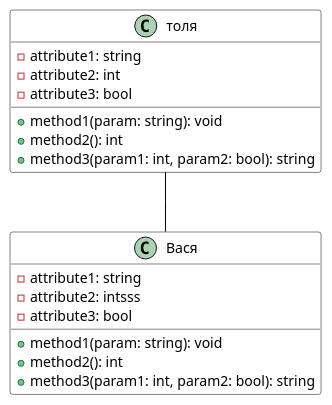
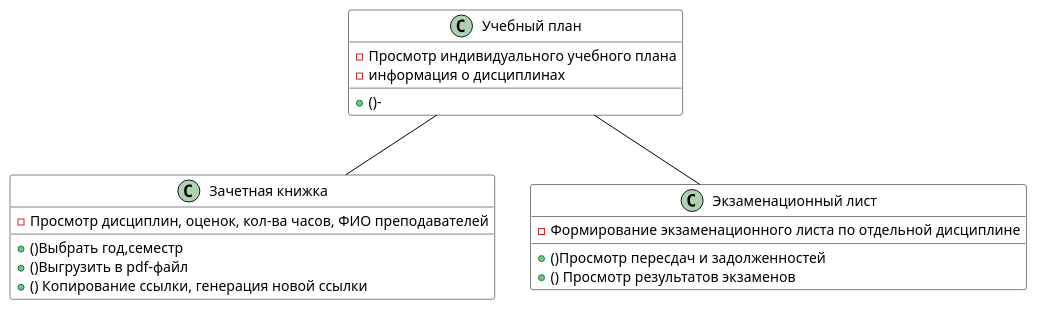
Before and after one commit to AEKCOOL1905/first_repo: the diagram in test2.puml, drawn with PlantUML.

Commit message:
test2.puml

```diff
--- a/test2.puml
+++ b/test2.puml
@@ -1,54 +1,78 @@
 @startuml
 
 ' Настройка стиля для прямоугольника
 skinparam class {
     BackgroundColor #FFF
     BorderColor #000
     ArrowColor #000
     FontName Arial
 }
 
 ' Класс с атрибутами и методами
-class "толя" as MyClass {
+class "Учебный план" as учебныйплан {
   ' Атрибуты (поля класса)
-  - attribute1: string
-  - attribute2: int
-  - attribute3: bool
+  - Просмотр индивидуального учебного плана
+  - информация о дисциплинах
+ 
 
-  ' Методы (функции класса)
-  + method1(param: string): void
-  + method2(): int
-  + method3(param1: int, param2: bool): string
+ ' Методы (функции класса)
+
+  + ()-
 }
 
 ' Можно добавить связь с другим классом (опционально)
 ' class AnotherClass
 ' MyClass --> AnotherClass : "использует"
-MyClass--MyClasss
+учебныйплан--Зачетнаякнижка
+
 
 ' Настройка стиля для прямоугольника
 skinparam class {
     BackgroundColor #FFF
     BorderColor #000
     ArrowColor #000
     FontName Arial
 }
 
 ' Класс с атрибутами и методами
-class "Вася" as MyClasss {
+class "Зачетная книжка" as Зачетнаякнижка {
   ' Атрибуты (поля класса)
-  - attribute1: string
-  - attribute2: intsss
-  - attribute3: bool
+  - Просмотр дисциплин, оценок, кол-ва часов, ФИО преподавателей
 
   ' Методы (функции класса)
-  + method1(param: string): void
-  + method2(): int
-  + method3(param1: int, param2: bool): string
+  +()Выбрать год,семестр
+  +()Выгрузить в pdf-файл
+  +() Копирование ссылки, генерация новой ссылки
+}
+
+' Можно добавить связь с другим классом (опционально)
+' class AnotherClass
+' MyClass --> AnotherClass : "использует"
+' Можно добавить связь с другим классом (опционально)
+' class AnotherClass
+' MyClass --> AnotherClass : "использует"
+учебныйплан--Экзаменационныйлист
+
+' Настройка стиля для прямоугольника
+skinparam class {
+    BackgroundColor #FFF
+    BorderColor #000
+    ArrowColor #000
+    FontName Arial
+}
+
+' Класс с атрибутами и методами
+class "Экзаменационный лист" as Экзаменационныйлист {
+  ' Атрибуты (поля класса)
+  -  Формирование экзаменационного листа по отдельной дисциплине
+ 
+  ' Методы (функции класса)
+  + ()Просмотр пересдач и задолженностей 
+  + () Просмотр результатов экзаменов
 }
 
 ' Можно добавить связь с другим классом (опционально)
 ' class AnotherClass
 ' MyClass --> AnotherClass : "использует"
 
 @enduml
```
